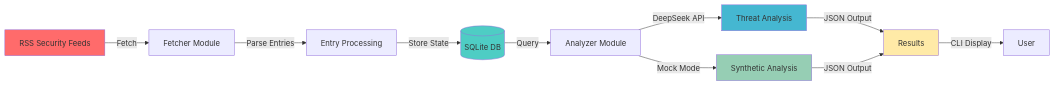
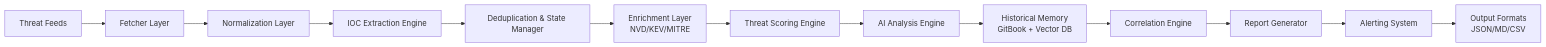
The diagram in README.md (matinsh94/Security_Agent_Polytechnic), drawn with Mermaid before and after one commit. The commit also changed other lines of this file and 9 other files, not shown here.

Commit message:
Implement production-grade CTI platform with enrichment, IOC extraction, threat scoring, and reporting

````diff
--- a/README.md
+++ b/README.md
@@ -19,18 +24,15 @@
 ```mermaid
 graph LR
-    A[RSS Security Feeds] -->|Fetch| B[Fetcher Module]
-    B -->|Parse Entries| C[Entry Processing]
-    C -->|Store State| D[(SQLite DB)]
-    D -->|Query| E[Analyzer Module]
-    E -->|DeepSeek API| F[Threat Analysis]
-    E -->|Mock Mode| G[Synthetic Analysis]
-    F -->|JSON Output| H[Results]
-    G -->|JSON Output| H
-    H -->|CLI Display| I[User]
-    
-    style A fill:#ff6b6b
-    style D fill:#4ecdc4
-    style F fill:#45b7d1
-    style G fill:#96ceb4
-    style H fill:#ffeaa7
+    A[Threat Feeds] --> B[Fetcher Layer]
+    B --> C[Normalization Layer]
+    C --> D[IOC Extraction Engine]
+    D --> E[Deduplication & State Manager]
+    E --> F[Enrichment Layer<br/>NVD/KEV/MITRE]
+    F --> G[Threat Scoring Engine]
+    G --> H[AI Analysis Engine]
+    H --> I[Historical Memory<br/>GitBook + Vector DB]
+    I --> J[Correlation Engine]
+    J --> K[Report Generator]
+    K --> L[Alerting System]
+    L --> M[Output Formats<br/>JSON/MD/CSV]
 ```
````
